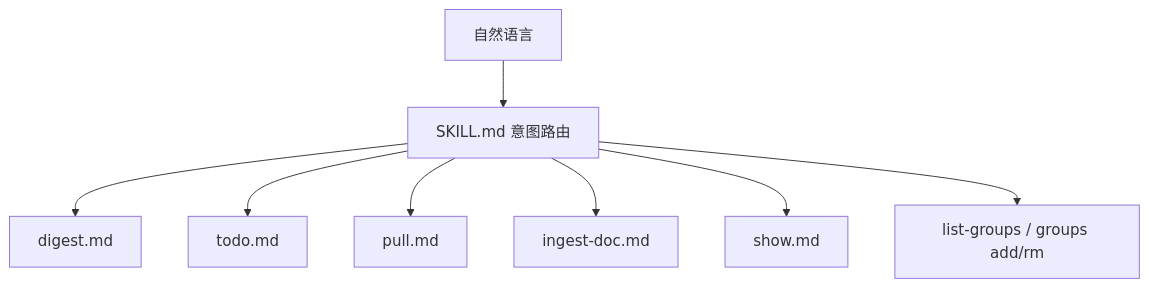
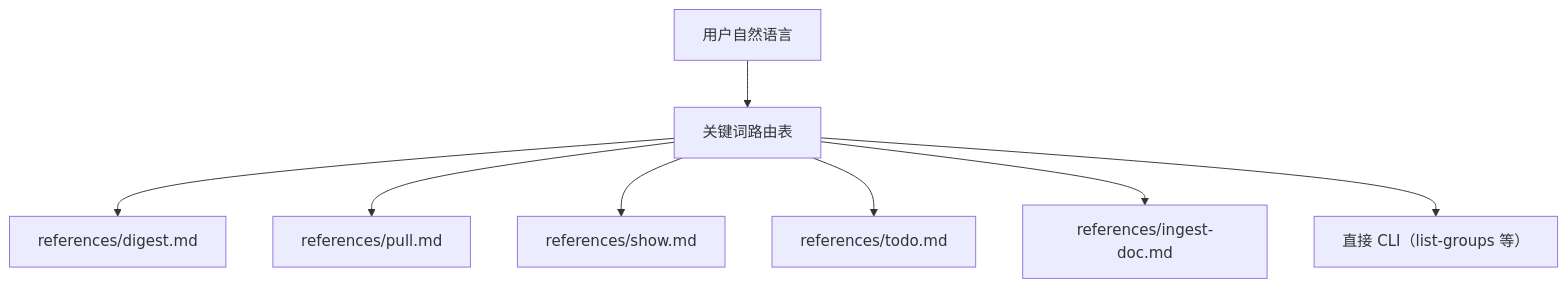
The eighth of 9 diagrams in project-wiki/lark-context/exports/full-wiki.md (dragonforce2010/awesome-ai-repos-deepwiki), drawn with Mermaid before and after one commit. The commit also changed other lines of this file and 27 other files, not shown here.

````diff
--- a/project-wiki/lark-context/exports/full-wiki.md
+++ b/project-wiki/lark-context/exports/full-wiki.md
@@ -7463,10 +1978,10 @@
 ```mermaid
 flowchart TD
-  NL["自然语言"] --> Router["SKILL.md 意图路由"]
-  Router --> Digest["digest.md"]
-  Router --> Todo["todo.md"]
-  Router --> Pull["pull.md"]
-  Router --> Ingest["ingest-doc.md"]
-  Router --> Show["show.md"]
-  Router --> Direct["list-groups / groups add/rm"]
+  Utter["用户自然语言"] --> Route["关键词路由表"]
+  Route --> Digest["references/digest.md"]
+  Route --> Pull["references/pull.md"]
+  Route --> Show["references/show.md"]
+  Route --> Todo["references/todo.md"]
+  Route --> Ingest["references/ingest-doc.md"]
+  Route --> Direct["直接 CLI（list-groups 等）"]
 ```
````
